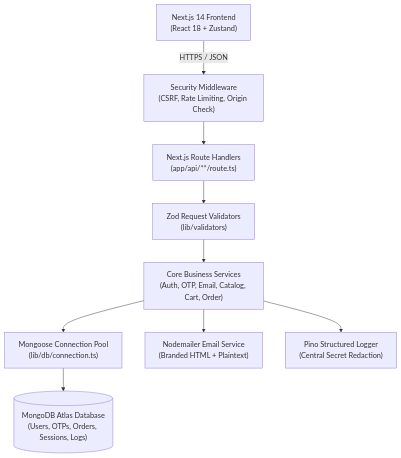
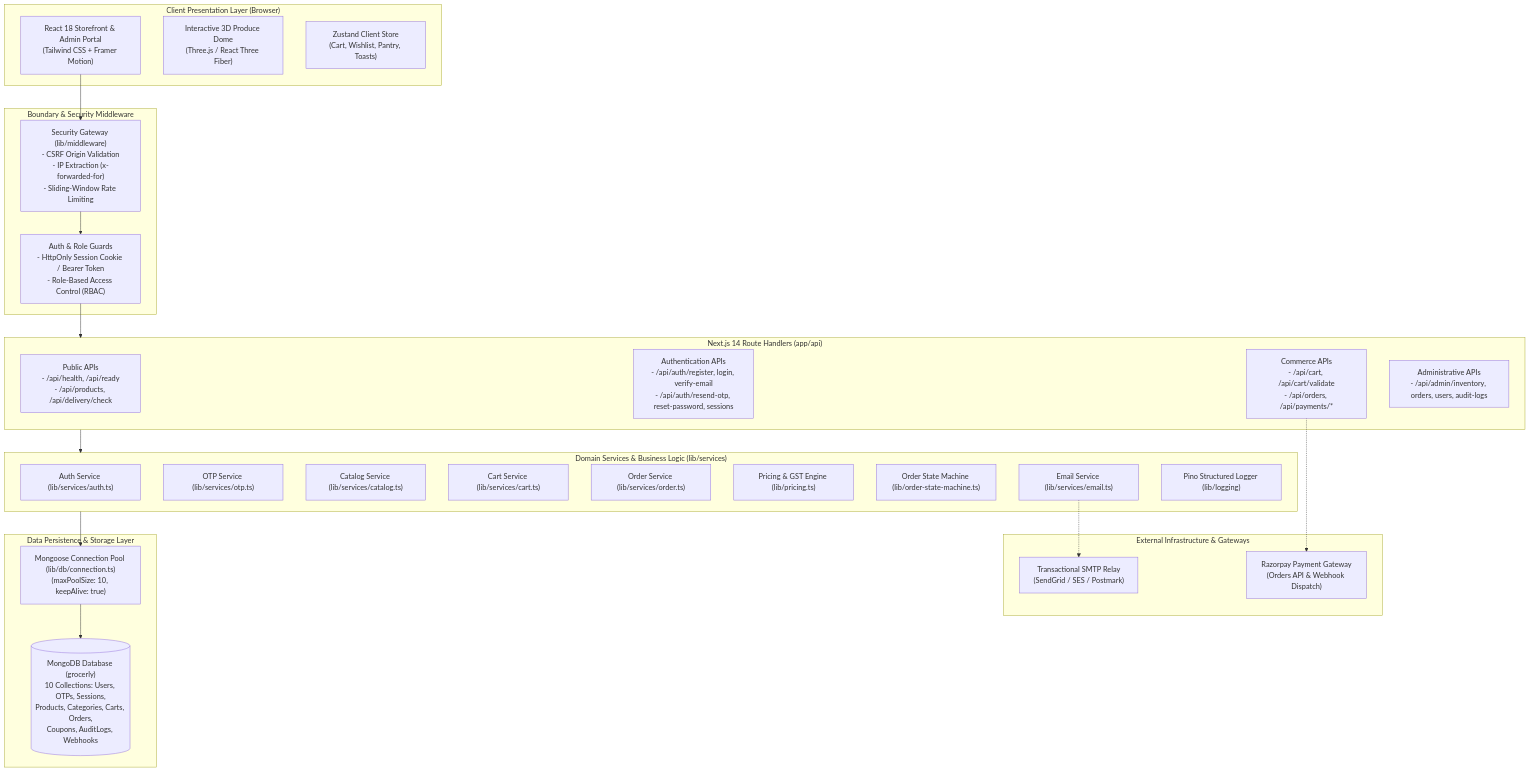
One commit to SANJAY2334/Grocerly changed the diagram in docs/architecture.md. Above: the diagram before and after it, drawn with Mermaid. The commit also changed other lines of this file and 36 other files, not shown here.

Commit message:
fix: replace Resend with Nodemailer and resolve audited bugs

````diff
--- a/docs/architecture.md
+++ b/docs/architecture.md
@@ -7,11 +14,51 @@
 ```mermaid
 flowchart TD
-    Client["Next.js 14 Frontend\n(React 18 + Zustand)"] -->|"HTTPS / JSON"| Middleware["Security Middleware\n(CSRF, Rate Limiting, Origin Check)"]
-    Middleware --> RouteHandlers["Next.js Route Handlers\n(app/api/**/route.ts)"]
-    RouteHandlers --> Validators["Zod Request Validators\n(lib/validators)"]
-    Validators --> Services["Core Business Services\n(Auth, OTP, Email, Catalog, Cart, Order)"]
-    Services --> DBConn["Mongoose Connection Pool\n(lib/db/connection.ts)"]
-    DBConn --> Mongo[("MongoDB Atlas Database\n(Users, OTPs, Orders, Sessions, Logs)")]
-    Services --> Email["Nodemailer Email Service\n(Branded HTML + Plaintext)"]
-    Services --> Logger["Pino Structured Logger\n(Central Secret Redaction)"]
+    subgraph ClientLayer ["Client Presentation Layer (Browser)"]
+        UI["React 18 Storefront & Admin Portal\n(Tailwind CSS + Framer Motion)"]
+        Canvas3D["Interactive 3D Produce Dome\n(Three.js / React Three Fiber)"]
+        ClientStore["Zustand Client Store\n(Cart, Wishlist, Pantry, Toasts)"]
+    end
+
+    subgraph SecurityLayer ["Boundary & Security Middleware"]
+        SecMW["Security Gateway (lib/middleware)\n- CSRF Origin Validation\n- IP Extraction (x-forwarded-for)\n- Sliding-Window Rate Limiting"]
+        AuthGuard["Auth & Role Guards\n- HttpOnly Session Cookie / Bearer Token\n- Role-Based Access Control (RBAC)"]
+    end
+
+    subgraph ApiLayer ["Next.js 14 Route Handlers (app/api)"]
+        PublicAPI["Public APIs\n- /api/health, /api/ready\n- /api/products, /api/delivery/check"]
+        AuthAPI["Authentication APIs\n- /api/auth/register, login, verify-email\n- /api/auth/resend-otp, reset-password, sessions"]
+        CommerceAPI["Commerce APIs\n- /api/cart, /api/cart/validate\n- /api/orders, /api/payments/*"]
+        AdminAPI["Administrative APIs\n- /api/admin/inventory, orders, users, audit-logs"]
+    end
+
+    subgraph DomainLayer ["Domain Services & Business Logic (lib/services)"]
+        AuthSvc["Auth Service (lib/services/auth.ts)"]
+        OtpSvc["OTP Service (lib/services/otp.ts)"]
+        CatalogSvc["Catalog Service (lib/services/catalog.ts)"]
+        CartSvc["Cart Service (lib/services/cart.ts)"]
+        OrderSvc["Order Service (lib/services/order.ts)"]
+        PricingEngine["Pricing & GST Engine (lib/pricing.ts)"]
+        StateMachine["Order State Machine (lib/order-state-machine.ts)"]
+        EmailSvc["Email Service (lib/services/email.ts)"]
+        Logger["Pino Structured Logger (lib/logging)"]
+    end
+
+    subgraph DataLayer ["Data Persistence & Storage Layer"]
+        MongoosePool["Mongoose Connection Pool (lib/db/connection.ts)\n(maxPoolSize: 10, keepAlive: true)"]
+        MongoDB[("MongoDB Database (grocerly)\n10 Collections: Users, OTPs, Sessions,\nProducts, Categories, Carts, Orders,\nCoupons, AuditLogs, Webhooks")]
+    end
+
+    subgraph ExternalLayer ["External Infrastructure & Gateways"]
+        SMTP["Transactional SMTP Relay\n(SendGrid / SES / Postmark)"]
+        RazorpayGateway["Razorpay Payment Gateway\n(Orders API & Webhook Dispatch)"]
+    end
+
+    UI --> SecMW
+    SecMW --> AuthGuard
+    AuthGuard --> ApiLayer
+    ApiLayer --> DomainLayer
+    DomainLayer --> MongoosePool
+    MongoosePool --> MongoDB
+    EmailSvc -.-> SMTP
+    CommerceAPI -.-> RazorpayGateway
 ```
````
